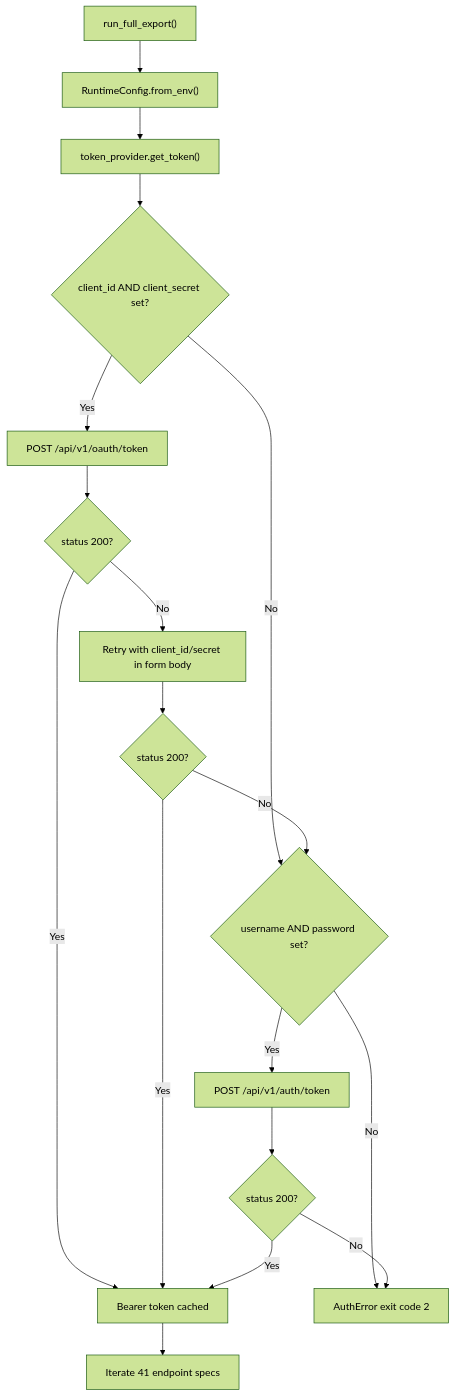
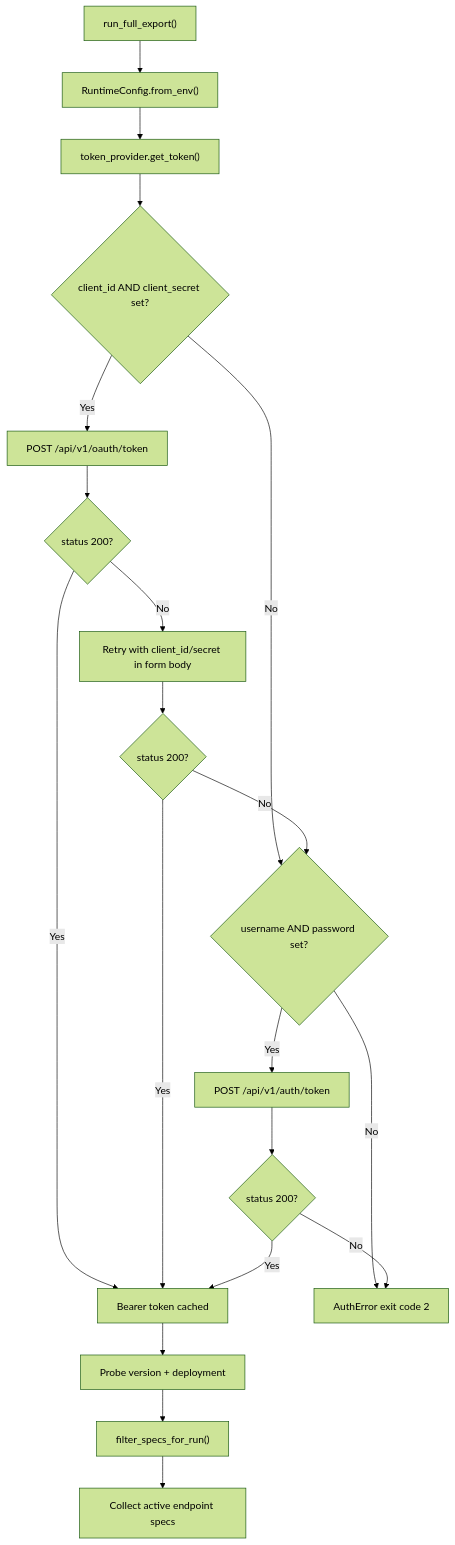
Before and after one commit to roto31/jamf-dossier: the second of 6 diagrams in docs/architecture.md, drawn with Mermaid (forest theme). The commit also changed other lines of this file and 26 other files, not shown here.

````diff
--- a/docs/architecture.md
+++ b/docs/architecture.md
@@ -95,20 +97,22 @@
 ```mermaid
 flowchart TD
   Start["run_full_export()"] --> LoadEnv["RuntimeConfig.from_env()"]
   LoadEnv --> Preflight["token_provider.get_token()"]
   Preflight --> OAuthCheck{"client_id AND client_secret set?"}
   OAuthCheck -->|Yes| OAuthReq["POST /api/v1/oauth/token"]
   OAuthCheck -->|No| BasicCheck{"username AND password set?"}
   OAuthReq --> OAuthOK{"status 200?"}
   OAuthOK -->|No| OAuthBody["Retry with client_id/secret in form body"]
   OAuthBody --> OAuthBodyOK{"status 200?"}
   OAuthBodyOK -->|No| BasicCheck
   OAuthOK -->|Yes| TokenReady["Bearer token cached"]
   OAuthBodyOK -->|Yes| TokenReady
   BasicCheck -->|Yes| BasicReq["POST /api/v1/auth/token"]
   BasicCheck -->|No| AuthFail["AuthError exit code 2"]
   BasicReq --> BasicOK{"status 200?"}
   BasicOK -->|No| AuthFail
   BasicOK -->|Yes| TokenReady
-  TokenReady --> CollectLoop["Iterate 41 endpoint specs"]
+  TokenReady --> ProbeVer["Probe version + deployment"]
+  ProbeVer --> FilterLoop["filter_specs_for_run()"]
+  FilterLoop --> CollectLoop["Collect active endpoint specs"]
 ```
````
